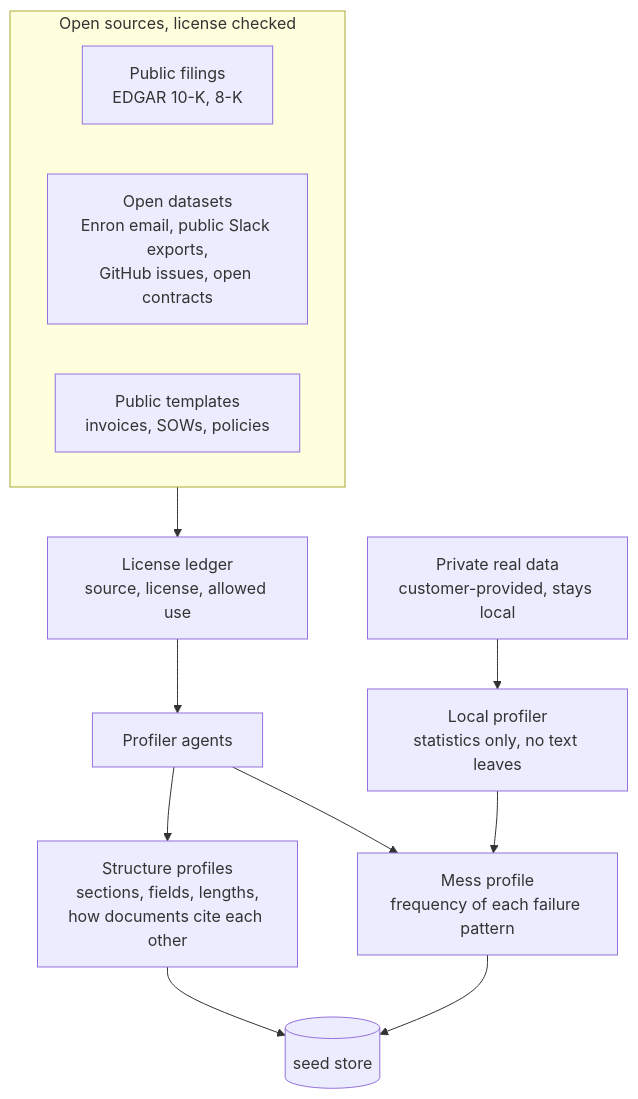
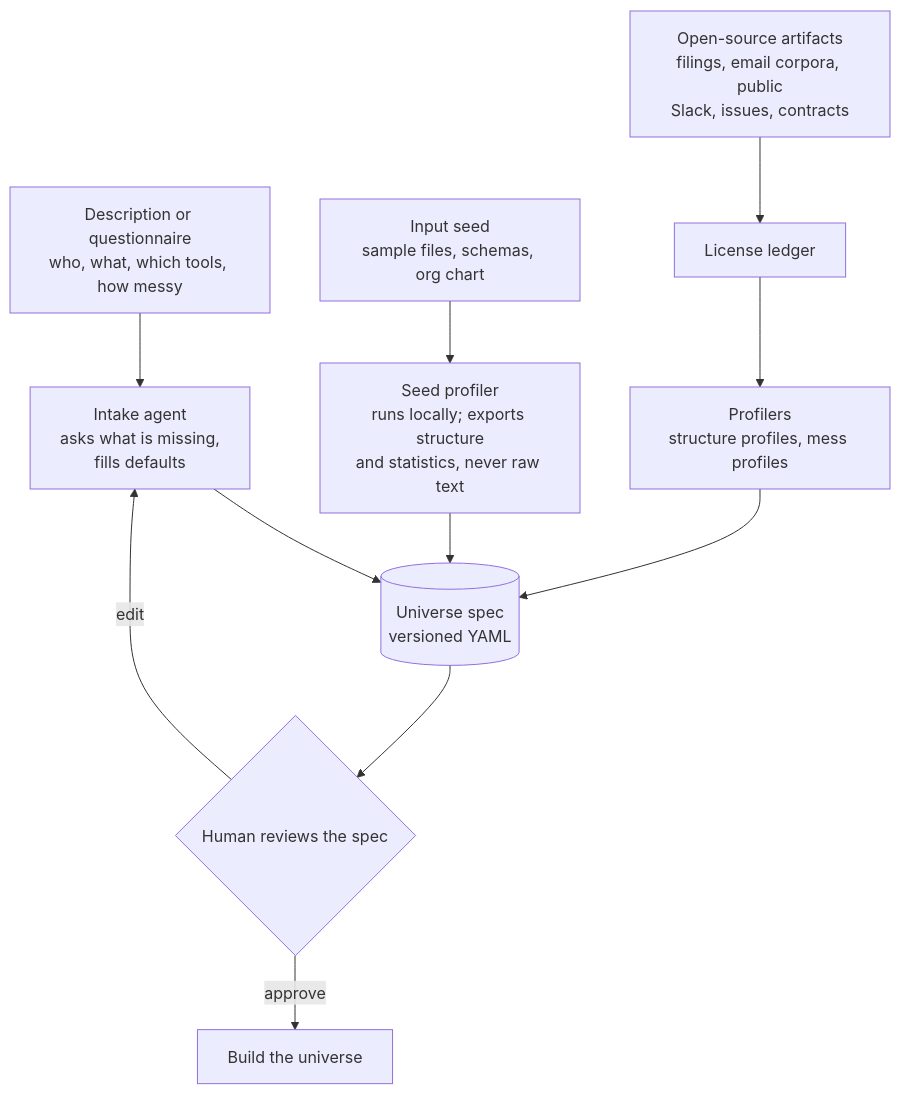
The third of 17 diagrams in README.md (nbdesai1992/orbifex), drawn with Mermaid before and after one commit. The commit also changed other lines of this file, not shown here.

````diff
--- a/README.md
+++ b/README.md
@@ -130,16 +149,12 @@
 ```mermaid
 flowchart TD
-  subgraph SRC["Open sources, license checked"]
-    O1["Public filings<br/>EDGAR 10-K, 8-K"]
-    O2["Open datasets<br/>Enron email, public Slack exports,<br/>GitHub issues, open contracts"]
-    O3["Public templates<br/>invoices, SOWs, policies"]
-  end
-  SRC --> L["License ledger<br/>source, license, allowed use"]
-  L --> P["Profiler agents"]
-  P --> ST["Structure profiles<br/>sections, fields, lengths,<br/>how documents cite each other"]
-  P --> MP["Mess profile<br/>frequency of each failure pattern"]
-  R["Private real data<br/>customer-provided, stays local"] --> P2["Local profiler<br/>statistics only, no text leaves"]
-  P2 --> MP
-  ST --> OUT[("seed store")]
-  MP --> OUT
+  Q["Description or questionnaire<br/>who, what, which tools, how messy"] --> INT["Intake agent<br/>asks what is missing,<br/>fills defaults"]
+  S["Input seed<br/>sample files, schemas, org chart"] --> PRO["Seed profiler<br/>runs locally; exports structure<br/>and statistics, never raw text"]
+  O["Open-source artifacts<br/>filings, email corpora, public<br/>Slack, issues, contracts"] --> LED["License ledger"] --> PROF["Profilers<br/>structure profiles, mess profiles"]
+  INT --> SPEC[("Universe spec<br/>versioned YAML")]
+  PRO --> SPEC
+  PROF --> SPEC
+  SPEC --> REV{"Human reviews the spec"}
+  REV -- edit --> INT
+  REV -- approve --> BUILD["Build the universe"]
 ```
````
